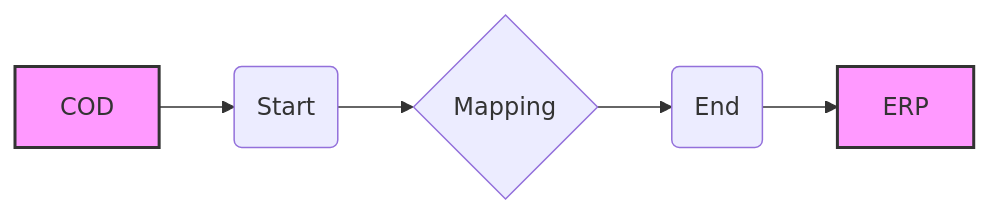
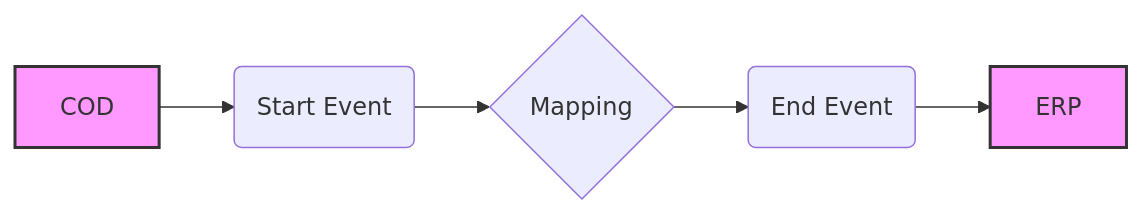
One commit to Avvale-IA-CICD/AvvaleCPI changed the diagram in MMZ - Cell Iflows/Check_Connectivity_to_SAP_Business_Suite_MMZ-1.0.4/readme.md. Above: the diagram before and after it, drawn with Mermaid. The commit also changed other lines of this file, not shown here.

````diff
--- a/MMZ - Cell Iflows/Check_Connectivity_to_SAP_Business_Suite_MMZ-1.0.4/readme.md
+++ b/MMZ - Cell Iflows/Check_Connectivity_to_SAP_Business_Suite_MMZ-1.0.4/readme.md
@@ -4,9 +4,9 @@
 ```mermaid
 graph LR
-    A[COD] --> B(Start)
+    A[COD] --> B(Start Event)
     B --> C{Mapping}
-    C --> D(End)
+    C --> D(End Event)
     D --> E[ERP]
     style A fill:#f9f,stroke:#333,stroke-width:2px
     style E fill:#f9f,stroke:#333,stroke-width:2px
 ```
````
